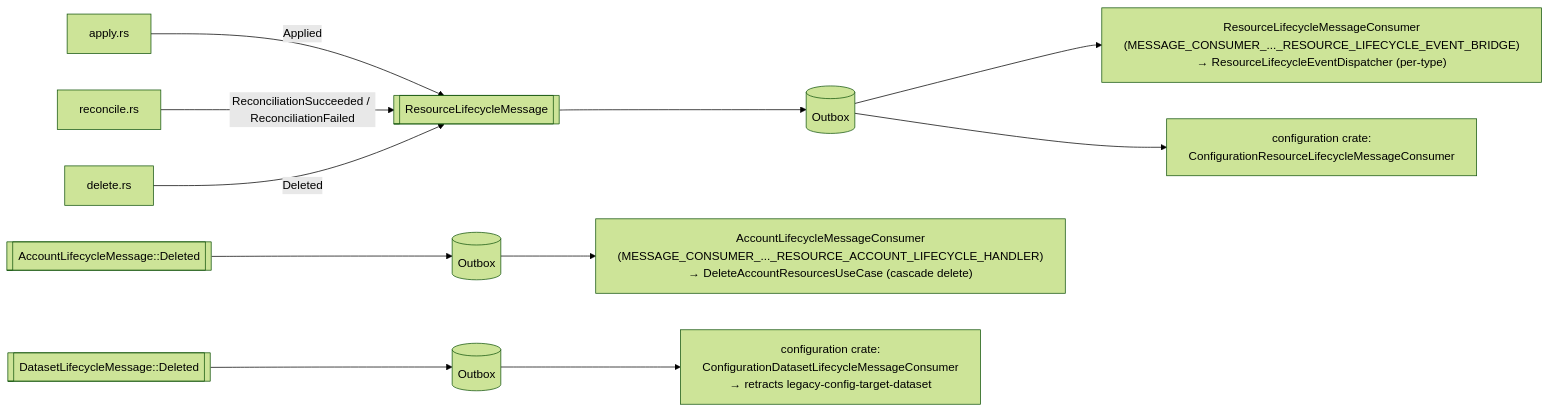
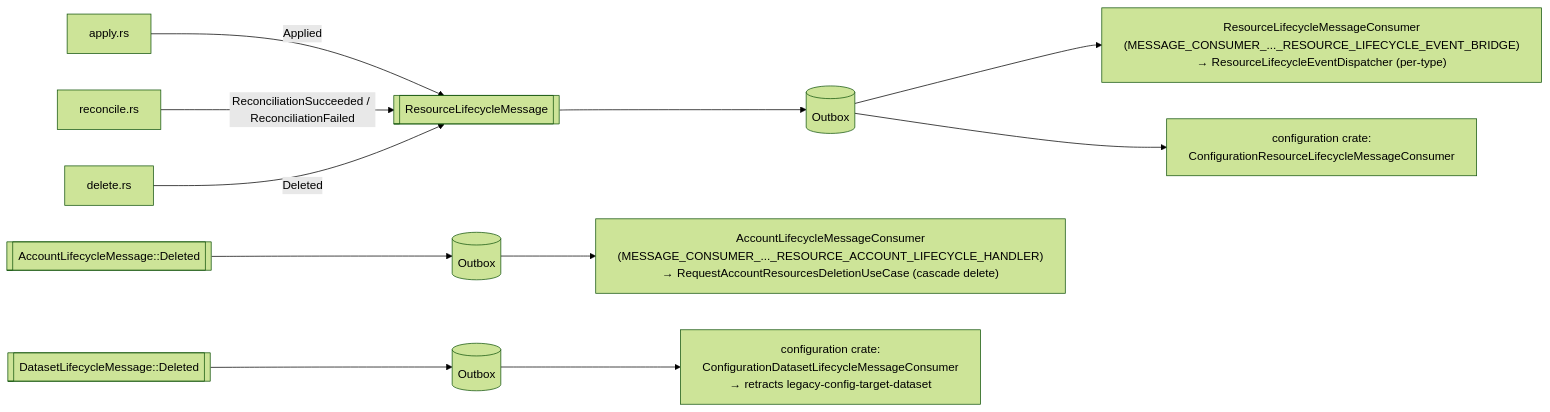
One commit to kamu-data/kamu-cli changed the fourth of 5 diagrams in docs/internal/resources-framework.md. Above: the diagram before and after it, drawn with Mermaid (forest theme). The commit also changed other lines of this file and 53 other files, not shown here.

Commit message:
Resources: rename Reconciler to ResourceController and delete use cases to request deletion

````diff
--- a/docs/internal/resources-framework.md
+++ b/docs/internal/resources-framework.md
@@ -1311,17 +1311,17 @@
 ```mermaid
 flowchart LR
     APPLY["apply.rs"] -->|Applied| MSG[["ResourceLifecycleMessage"]]
     REC["reconcile.rs"] -->|ReconciliationSucceeded / ReconciliationFailed| MSG
     DEL["delete.rs"] -->|Deleted| MSG
 
     MSG --> OB[("Outbox")]
 
     OB --> BRIDGE["ResourceLifecycleMessageConsumer<br/>(MESSAGE_CONSUMER_..._RESOURCE_LIFECYCLE_EVENT_BRIDGE)<br/>→ ResourceLifecycleEventDispatcher (per-type)"]
     OB --> CFG["configuration crate:<br/>ConfigurationResourceLifecycleMessageConsumer"]
 
     ACC[["AccountLifecycleMessage::Deleted"]] --> OB2[("Outbox")]
-    OB2 --> ACCH["AccountLifecycleMessageConsumer<br/>(MESSAGE_CONSUMER_..._RESOURCE_ACCOUNT_LIFECYCLE_HANDLER)<br/>→ DeleteAccountResourcesUseCase (cascade delete)"]
+    OB2 --> ACCH["AccountLifecycleMessageConsumer<br/>(MESSAGE_CONSUMER_..._RESOURCE_ACCOUNT_LIFECYCLE_HANDLER)<br/>→ RequestAccountResourcesDeletionUseCase (cascade delete)"]
 
     DS[["DatasetLifecycleMessage::Deleted"]] --> OB3[("Outbox")]
     OB3 --> DSH["configuration crate:<br/>ConfigurationDatasetLifecycleMessageConsumer<br/>→ retracts legacy-config-target-dataset"]
 ```
````
